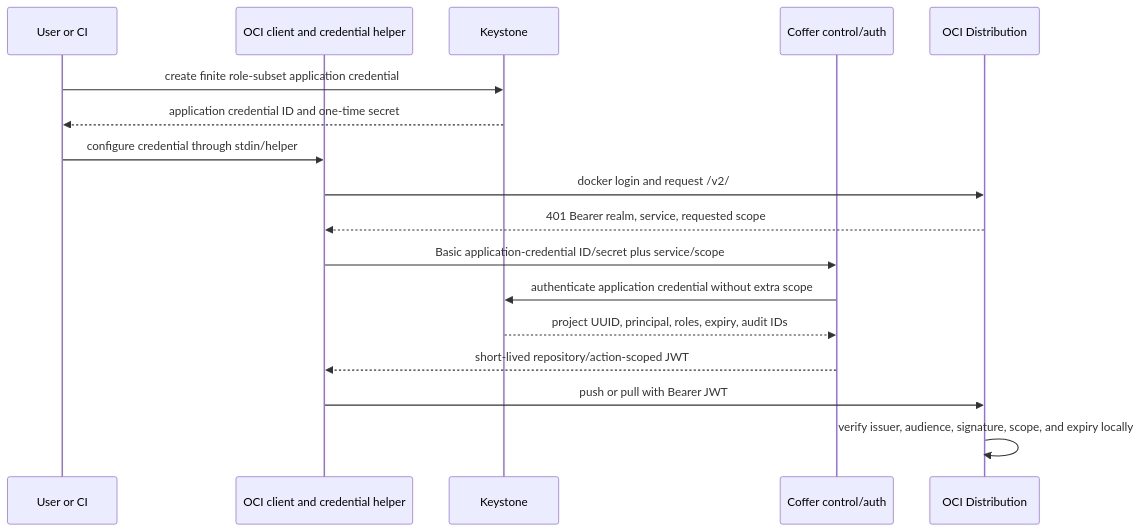
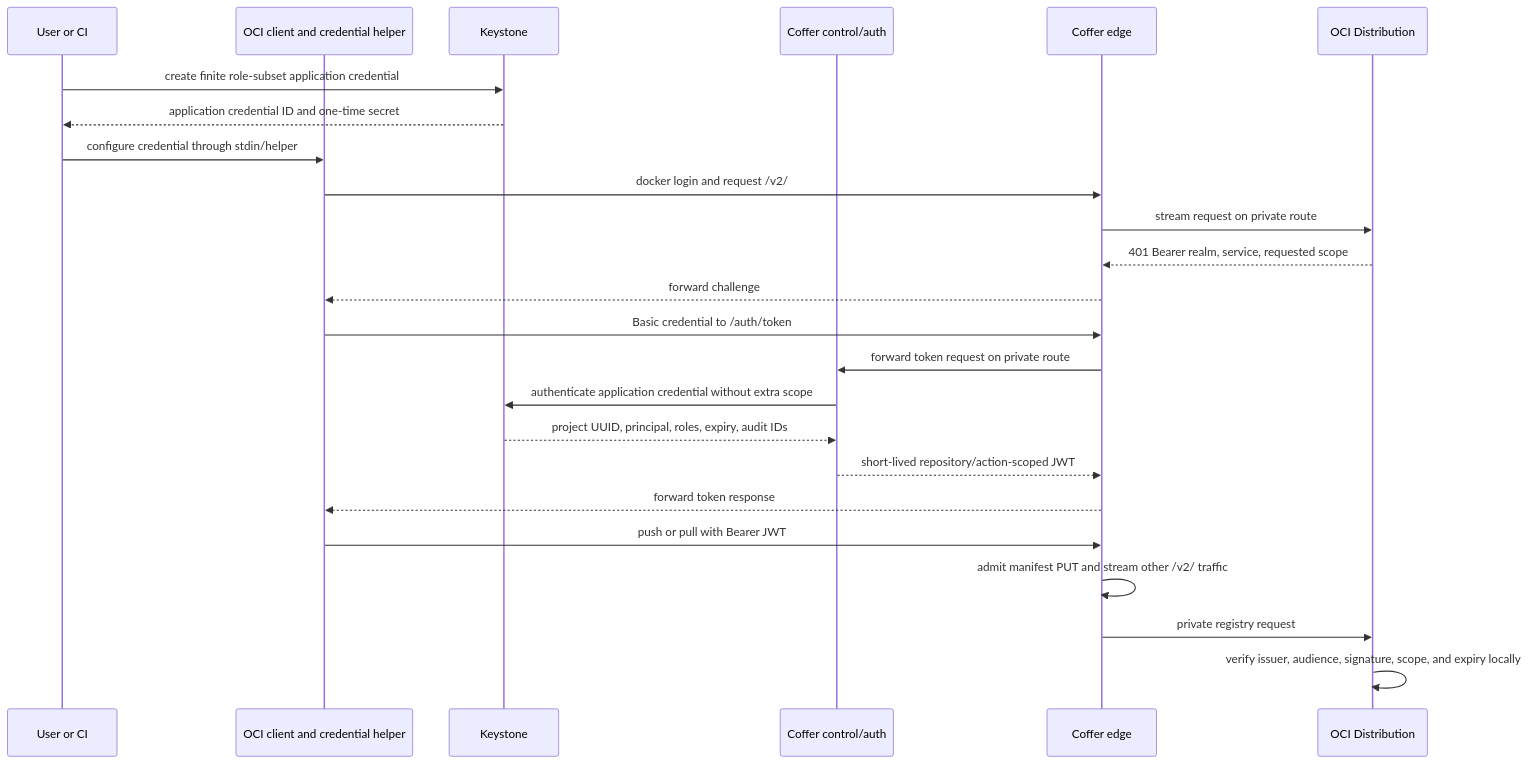
Before and after one commit to jaehanbyun/coffer: the second of 2 diagrams in docs/architecture/mvp-baseline.md, drawn with Mermaid. The commit also changed other lines of this file and 3 other files, not shown here.

````diff
--- a/docs/architecture/mvp-baseline.md
+++ b/docs/architecture/mvp-baseline.md
@@ -116,20 +126,27 @@
 ```mermaid
 sequenceDiagram
     participant U as User or CI
     participant C as OCI client and credential helper
     participant K as Keystone
     participant A as Coffer control/auth
+    participant E as Coffer edge
     participant R as OCI Distribution
 
     U->>K: create finite role-subset application credential
     K-->>U: application credential ID and one-time secret
     U->>C: configure credential through stdin/helper
-    C->>R: docker login and request /v2/
-    R-->>C: 401 Bearer realm, service, requested scope
-    C->>A: Basic application-credential ID/secret plus service/scope
+    C->>E: docker login and request /v2/
+    E->>R: stream request on private route
+    R-->>E: 401 Bearer realm, service, requested scope
+    E-->>C: forward challenge
+    C->>E: Basic credential to /auth/token
+    E->>A: forward token request on private route
     A->>K: authenticate application credential without extra scope
     K-->>A: project UUID, principal, roles, expiry, audit IDs
-    A-->>C: short-lived repository/action-scoped JWT
-    C->>R: push or pull with Bearer JWT
+    A-->>E: short-lived repository/action-scoped JWT
+    E-->>C: forward token response
+    C->>E: push or pull with Bearer JWT
+    E->>E: admit manifest PUT and stream other /v2/ traffic
+    E->>R: private registry request
     R->>R: verify issuer, audience, signature, scope, and expiry locally
 ```
````
